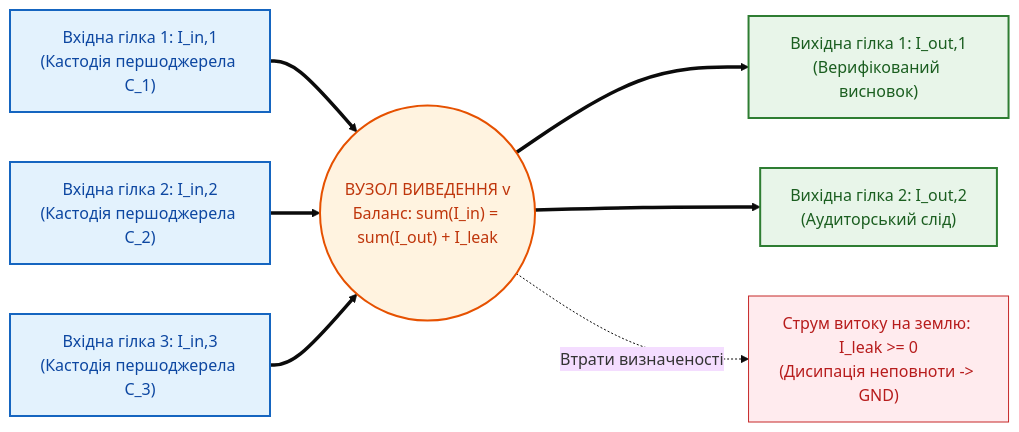
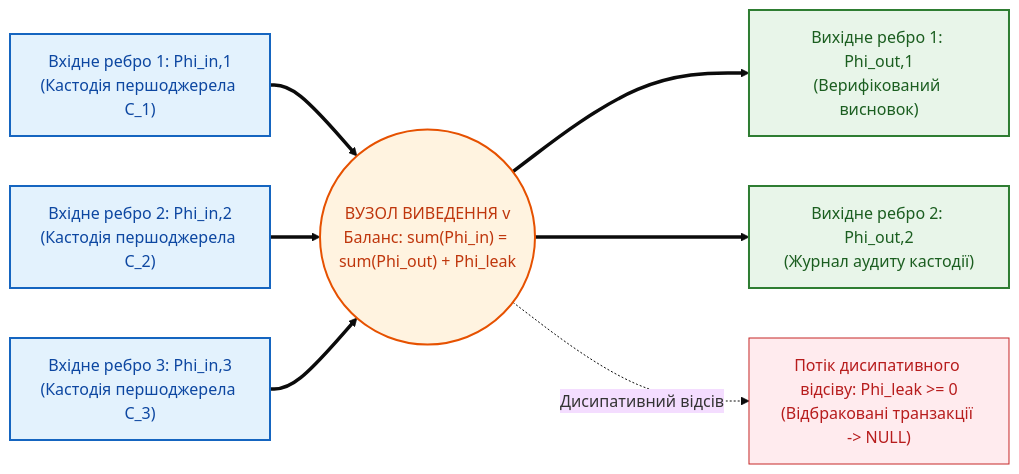
One commit to nick-fedchik/articles changed the first of 2 diagrams in Epistemic_Circuit_Theory/ch03-fedchyk-conservation-laws.md. Above: the diagram before and after it, drawn with Mermaid (base theme). The commit also changed other lines of this file and 10 other files, not shown here.

````diff
--- a/Epistemic_Circuit_Theory/ch03-fedchyk-conservation-laws.md
+++ b/Epistemic_Circuit_Theory/ch03-fedchyk-conservation-laws.md
@@ -46,32 +46,32 @@
 ```mermaid
 flowchart LR
-    accTitle: Рисунок 3.1. Топологічний баланс струмів доказовості у вузлі за першим законом Федчика
-    accDescr: Три вхідні потоки кастодії сходяться у вузлі виведення, де частина потоку втрачається через струм витоку на землю I_leak, а решта утворює консервативний вихідний струм I_out без генерації фіктивних фактів.
+    accTitle: Рисунок 3.1. Вузловий баланс потоків верифікованих транзакцій за першим топологічним інваріантом
+    accDescr: Три вхідні потоки кастодії сходяться у вузлі виведення, де частина транзакцій відсівається через потік дисипативних втрат Phi_leak, а решта утворює консервативний вихідний потік Phi_out без генерації непідтверджених тверджень.
 
-    In1["Вхідна гілка 1: I_in,1\n(Кастодія першоджерела C_1)"]
-    In2["Вхідна гілка 2: I_in,2\n(Кастодія першоджерела C_2)"]
-    In3["Вхідна гілка 3: I_in,3\n(Кастодія першоджерела C_3)"]
+    In1["Вхідне ребро 1: Phi_in,1\n(Кастодія першоджерела C_1)"]
+    In2["Вхідне ребро 2: Phi_in,2\n(Кастодія першоджерела C_2)"]
+    In3["Вхідне ребро 3: Phi_in,3\n(Кастодія першоджерела C_3)"]
 
-    Node(("ВУЗОЛ ВИВЕДЕННЯ v\nБаланс: sum(I_in) = sum(I_out) + I_leak"))
+    Node(("ВУЗОЛ ВИВЕДЕННЯ v\nБаланс: sum(Phi_in) = sum(Phi_out) + Phi_leak"))
 
-    Out1["Вихідна гілка 1: I_out,1\n(Верифікований висновок)"]
-    Out2["Вихідна гілка 2: I_out,2\n(Аудиторський слід)"]
-    Leak["Струм витоку на землю: I_leak >= 0\n(Дисипація неповноти -> GND)"]
+    Out1["Вихідне ребро 1: Phi_out,1\n(Верифікований висновок)"]
+    Out2["Вихідне ребро 2: Phi_out,2\n(Журнал аудиту кастодії)"]
+    Leak["Потік дисипативного відсіву: Phi_leak >= 0\n(Відбраковані транзакції -> NULL)"]
 
     In1 ==> Node
     In2 ==> Node
     In3 ==> Node
     Node ==> Out1
     Node ==> Out2
-    Node -.->|"Втрати визначеності"| Leak
+    Node -.->|"Дисипативний відсів"| Leak
 
     classDef inStyle fill:#e3f2fd,stroke:#1565c0,stroke-width:2px,color:#0d47a1;
     classDef nodeStyle fill:#fff3e0,stroke:#e65100,stroke-width:2px,color:#bf360c;
     classDef outStyle fill:#e8f5e9,stroke:#2e7d32,stroke-width:2px,color:#1b5e20;
     classDef leakStyle fill:#ffebee,stroke:#c62828,stroke-width:1px,color:#b71c1c;
 
     class In1,In2,In3 inStyle;
     class Node nodeStyle;
     class Out1,Out2 outStyle;
     class Leak leakStyle;
 ```
````
